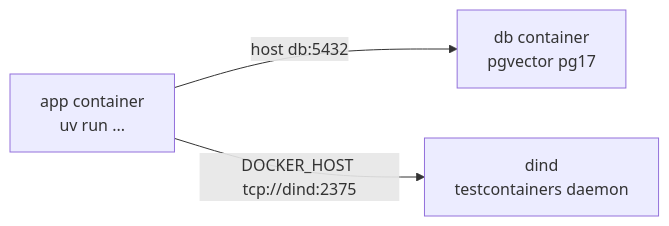
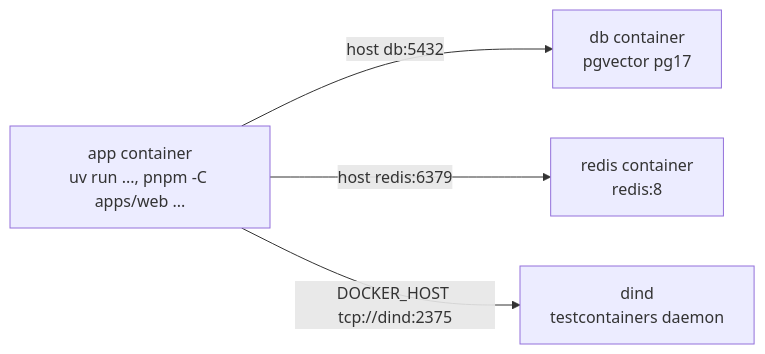
One commit to mac-lisowski/project-taipan changed the diagram in .devcontainer/README.md. Above: the diagram before and after it, drawn with Mermaid. The commit also changed other lines of this file and 42 other files, not shown here.

Commit message:
feat: web app init, devcontainer update, redis init in docker compose

````diff
--- a/.devcontainer/README.md
+++ b/.devcontainer/README.md
@@ -6,5 +7,6 @@
 ```mermaid
 graph LR
-  A[app container<br>uv run ...] -->|host db:5432| B[db container<br>pgvector pg17]
+  A[app container<br>uv run ..., pnpm -C apps/web ...] -->|host db:5432| B[db container<br>pgvector pg17]
+  A -->|host redis:6379| R[redis container<br>redis:8]
   A -->|DOCKER_HOST tcp://dind:2375| C[dind<br>testcontainers daemon]
 ```
````
